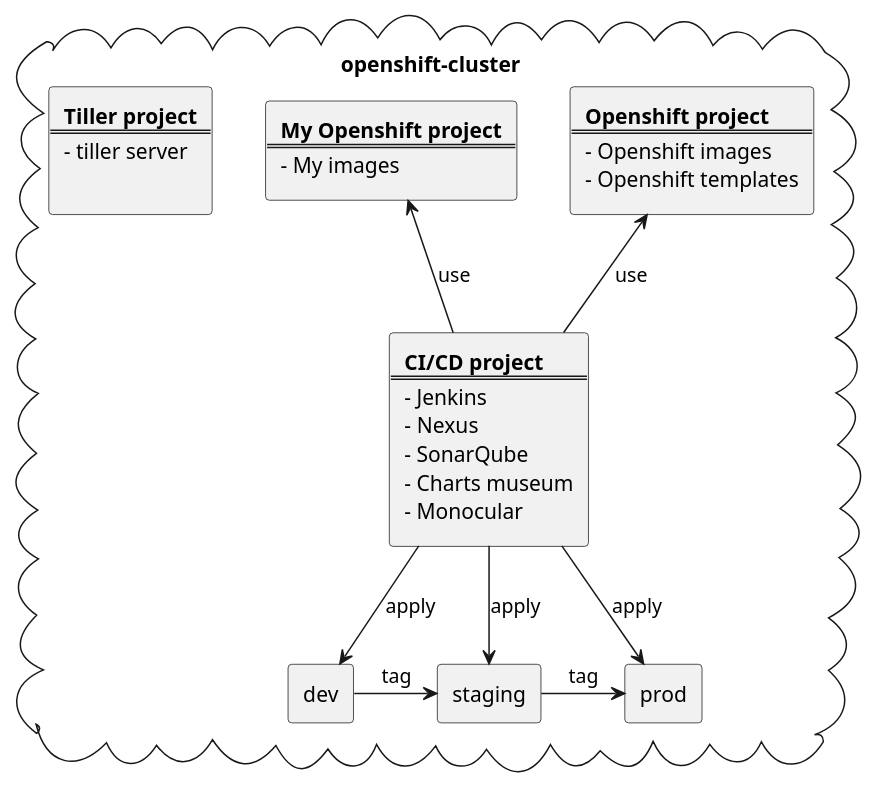
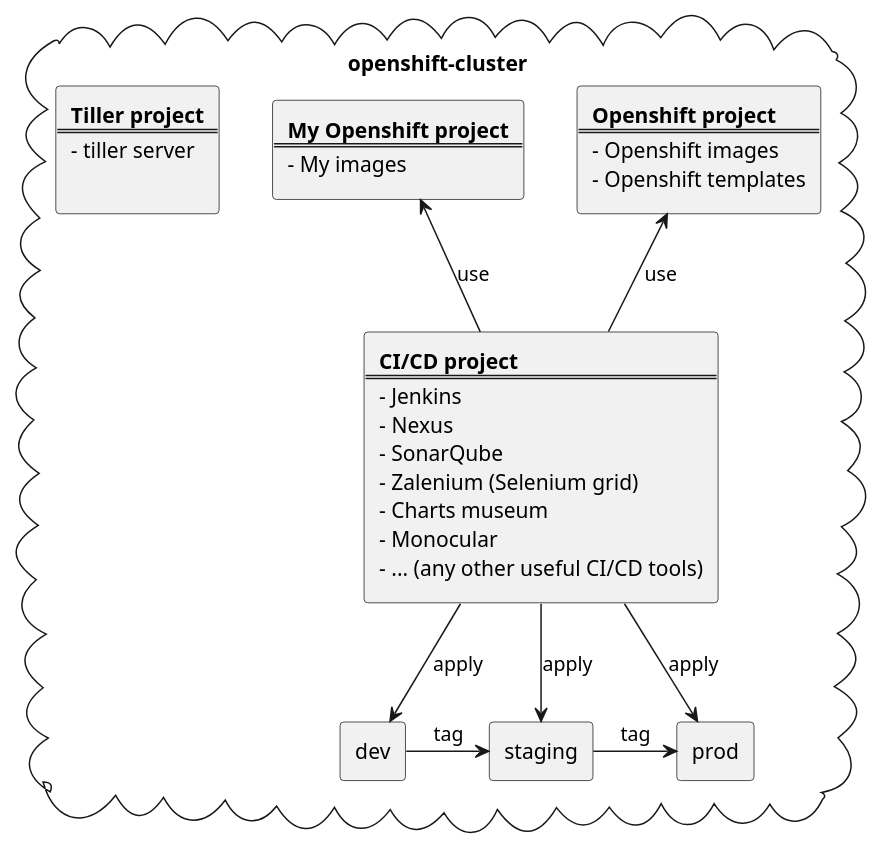
Before and after one commit to arnaud-deprez/cicd-openshift: the diagram in doc/images/architecture.puml, drawn with PlantUML. The commit also changed 3 other files, not shown here.

```diff
--- a/doc/images/architecture.puml
+++ b/doc/images/architecture.puml
@@ -1,46 +1,48 @@
 @startuml
 top to bottom direction
 skinparam packageStyle rect
 
 cloud "openshift-cluster" {
     
     rectangle openshift [
         <b>Openshift project</b>
         ====
         - Openshift images
         - Openshift templates
     ]
     rectangle my [
         <b>My Openshift project</b>
         ====
         - My images
     ]
     rectangle tiller [
         <b>Tiller project</b>
         ===
         - tiller server
         
     ]
     rectangle cicd [
         <b>CI/CD project</b>
         ====
         - Jenkins
         - Nexus
         - SonarQube
+        - Zalenium (Selenium grid)
         - Charts museum
         - Monocular
+        - ... (any other useful CI/CD tools)
     ]
     rectangle dev
     rectangle staging
     rectangle prod
 
     openshift <-- cicd : use
     my <-- cicd : use
     cicd --> dev : apply
     cicd --> staging : apply
     cicd --> prod : apply
     dev -right-> staging : tag
     staging -right-> prod : tag
 }
 
 @enduml
```
